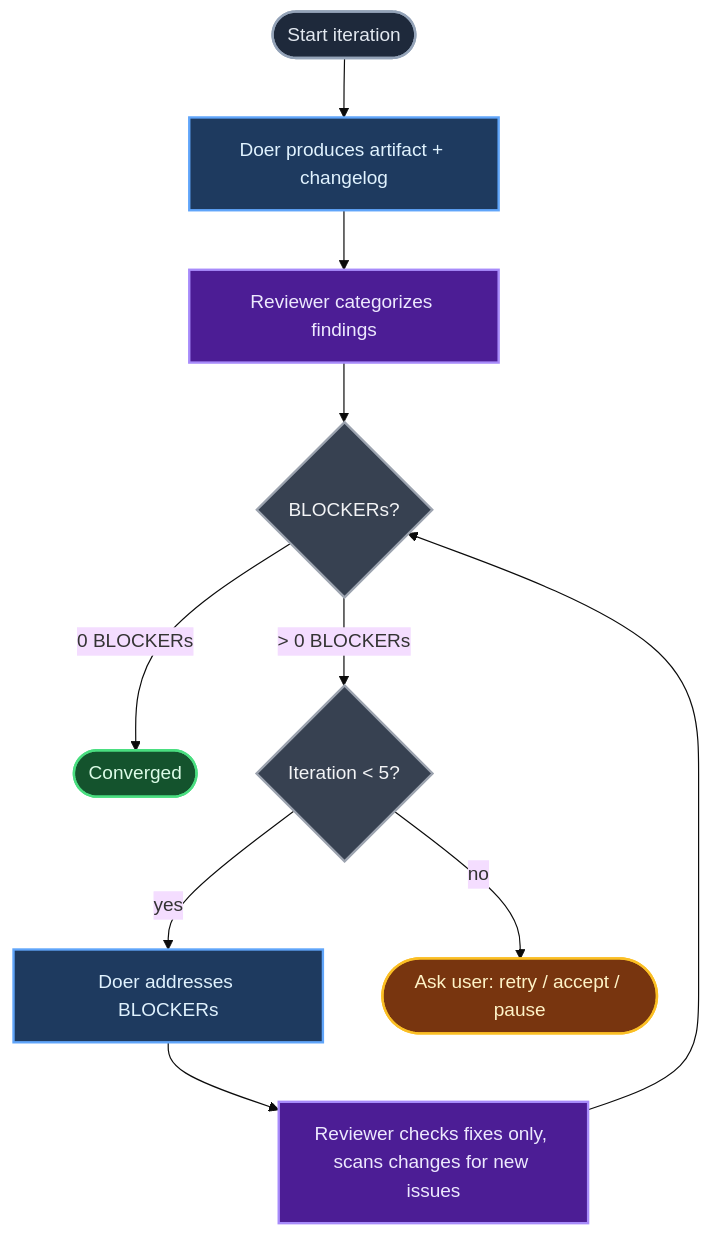
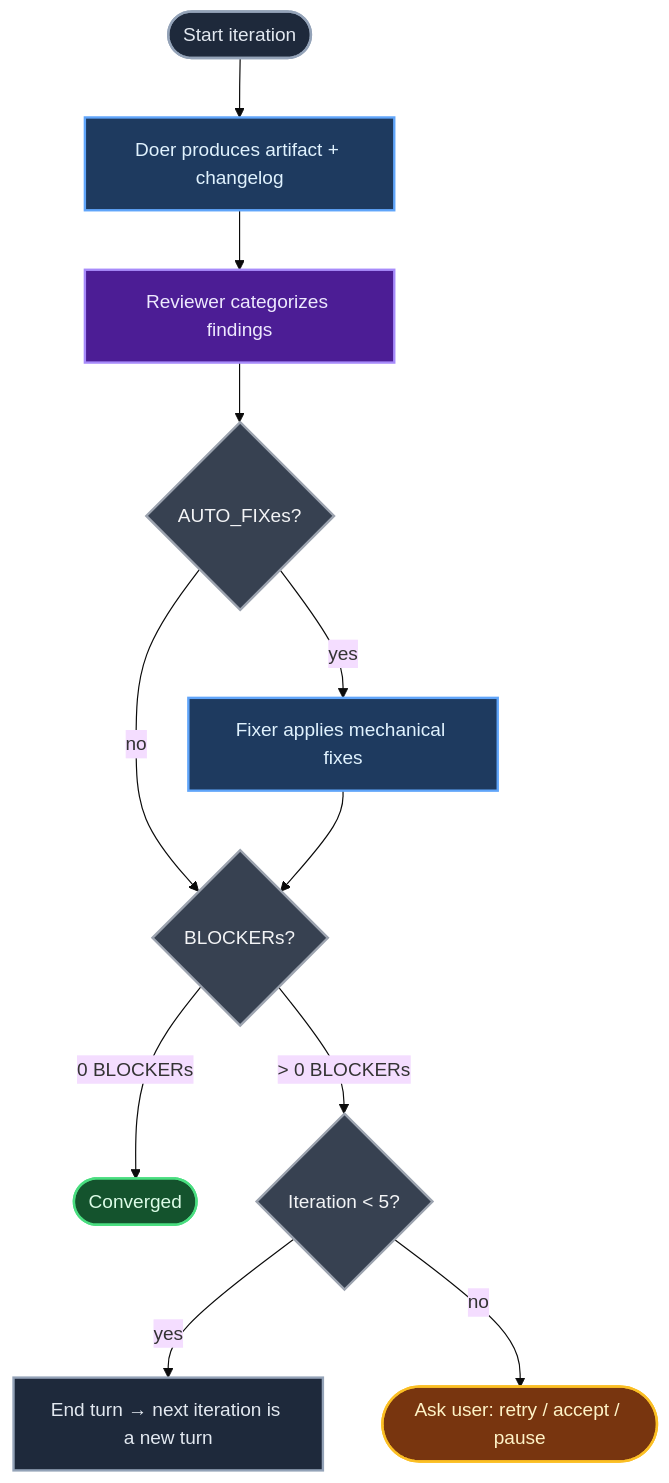
Before and after one commit to icarloscornejo/doer: the second of 3 diagrams in README.md, drawn with Mermaid (base theme). The commit also changed other lines of this file, not shown here.

````diff
--- a/README.md
+++ b/README.md
@@ -42,19 +41,20 @@
 ```mermaid
 flowchart TD
     Start([Start iteration]):::plain --> Doer[Doer produces artifact + changelog]:::doer
     Doer --> Reviewer[Reviewer categorizes findings]:::reviewer
-    Reviewer --> Check{BLOCKERs?}:::decision
+    Reviewer --> Auto{AUTO_FIXes?}:::decision
+    Auto -- "yes" --> Fixer[Fixer applies mechanical fixes]:::doer
+    Auto -- "no" --> Check{BLOCKERs?}:::decision
+    Fixer --> Check
     Check -- "0 BLOCKERs" --> Done([Converged]):::success
     Check -- "> 0 BLOCKERs" --> Max{Iteration < 5?}:::decision
-    Max -- "yes" --> DoerD[Doer addresses BLOCKERs]:::doer
-    DoerD --> ReviewerD[Reviewer checks fixes only, scans changes for new issues]:::reviewer
-    ReviewerD --> Check
+    Max -- "yes" --> Next[End turn → next iteration is a new turn]:::plain
     Max -- "no" --> Ask([Ask user: retry / accept / pause]):::warn
 
     classDef plain fill:#1e293b,stroke:#94a3b8,stroke-width:2px,color:#e2e8f0
     classDef doer fill:#1e3a5f,stroke:#60a5fa,stroke-width:2px,color:#e0f2fe
     classDef reviewer fill:#4c1d95,stroke:#a78bfa,stroke-width:2px,color:#ede9fe
     classDef decision fill:#374151,stroke:#9ca3af,stroke-width:2px,color:#f3f4f6
     classDef success fill:#14532d,stroke:#4ade80,stroke-width:2px,color:#dcfce7
     classDef warn fill:#78350f,stroke:#fbbf24,stroke-width:2px,color:#fef3c7
 ```
````
